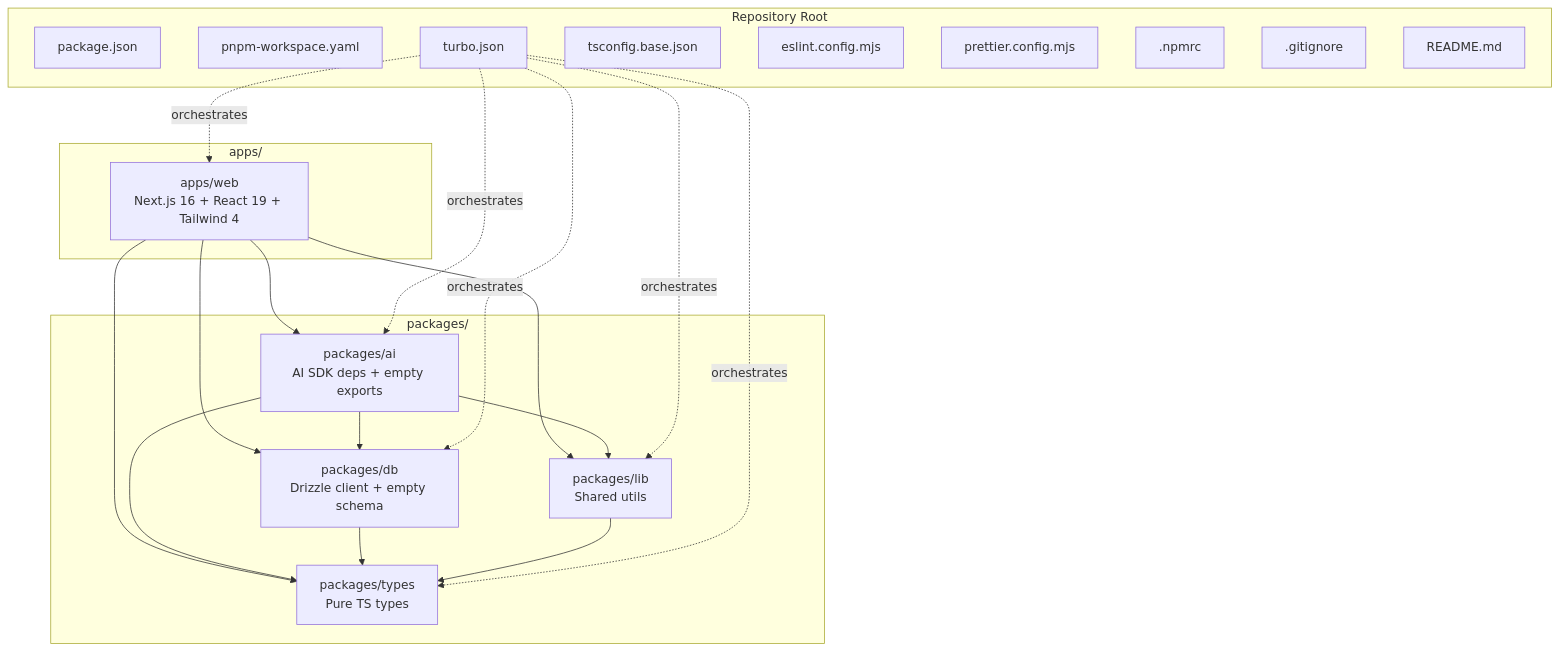
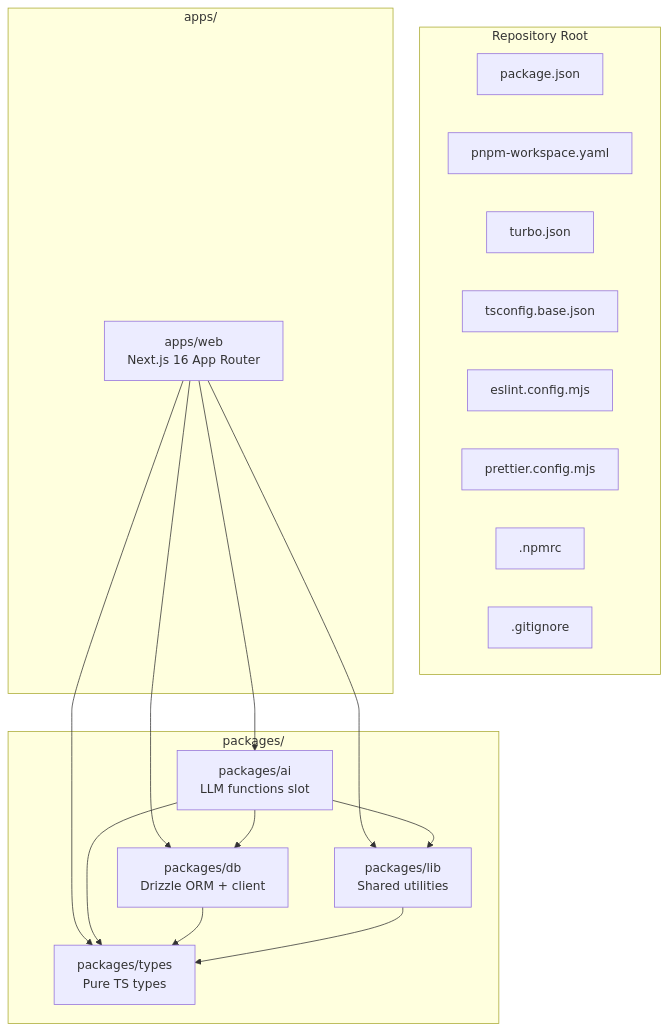
Before and after one commit to nonnta-ww/bulr-app-mvp: the diagram in .kiro/specs/monorepo-foundation/design.md, drawn with Mermaid. The commit also changed other lines of this file and 39 other files, not shown here.

````diff
--- a/.kiro/specs/monorepo-foundation/design.md
+++ b/.kiro/specs/monorepo-foundation/design.md
@@ -78,41 +89,34 @@
 ```mermaid
 graph TB
-    subgraph Root["Repository Root"]
-        Pkg[package.json]
-        Workspace[pnpm-workspace.yaml]
+    subgraph Root[Repository Root]
+        RootPkg[package.json]
+        WS[pnpm-workspace.yaml]
         Turbo[turbo.json]
         TsBase[tsconfig.base.json]
-        EslintRoot[eslint.config.mjs]
-        PrettierRoot[prettier.config.mjs]
+        Eslint[eslint.config.mjs]
+        Prettier[prettier.config.mjs]
         Npmrc[.npmrc]
         Gitignore[.gitignore]
-        Readme[README.md]
     end
 
-    subgraph Apps["apps/"]
-        Web[apps/web<br/>Next.js 16 + React 19 + Tailwind 4]
+    subgraph Apps[apps/]
+        Web[apps/web<br/>Next.js 16 App Router]
     end
 
-    subgraph Packages["packages/"]
+    subgraph Packages[packages/]
+        Db[packages/db<br/>Drizzle ORM + client]
         Types[packages/types<br/>Pure TS types]
-        Lib[packages/lib<br/>Shared utils]
-        Db[packages/db<br/>Drizzle client + empty schema]
-        Ai[packages/ai<br/>AI SDK deps + empty exports]
+        Lib[packages/lib<br/>Shared utilities]
+        Ai[packages/ai<br/>LLM functions slot]
     end
 
     Web --> Db
     Web --> Types
     Web --> Lib
     Web --> Ai
     Ai --> Db
     Ai --> Types
     Ai --> Lib
     Db --> Types
     Lib --> Types
-
-    Turbo -. orchestrates .-> Web
-    Turbo -. orchestrates .-> Types
-    Turbo -. orchestrates .-> Lib
-    Turbo -. orchestrates .-> Db
-    Turbo -. orchestrates .-> Ai
 ```
````
